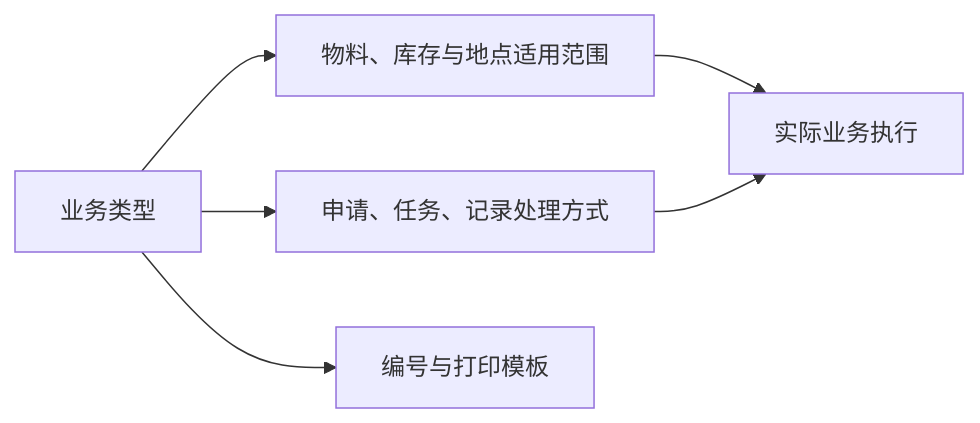
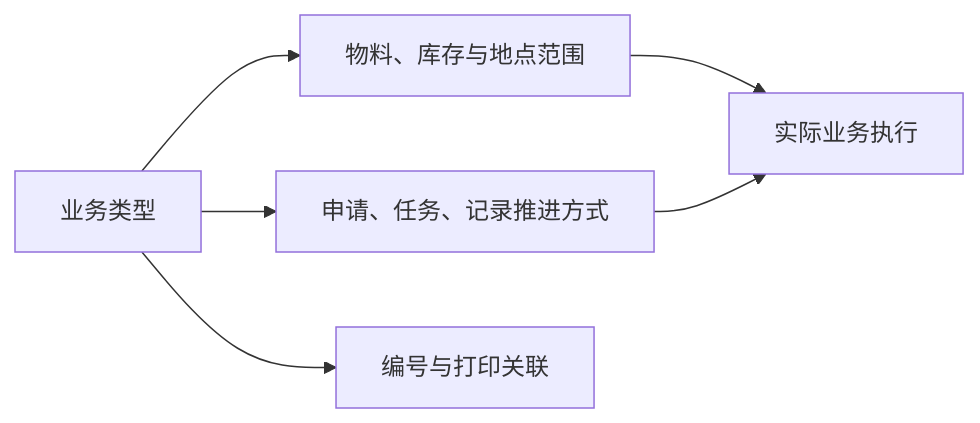
The diagram in docs/04-DBC-主数据管理/05-策略设置/03-业务类型.md (jiargcn/MomProductDocument), drawn with Mermaid before and after one commit. The commit also changed other lines of this file and 9 other files, not shown here.

````diff
--- a/docs/04-DBC-主数据管理/05-策略设置/03-业务类型.md
+++ b/docs/04-DBC-主数据管理/05-策略设置/03-业务类型.md
@@ -12,8 +12,8 @@
 ```mermaid
 flowchart LR
-    A["业务类型"] --> B["物料、库存与地点适用范围"]
-    A --> C["申请、任务、记录处理方式"]
-    A --> D["编号与打印模板"]
+    A["业务类型"] --> B["物料、库存与地点范围"]
+    A --> C["申请、任务、记录推进方式"]
+    A --> D["编号与打印关联"]
     B --> E["实际业务执行"]
     C --> E
 ```
````
